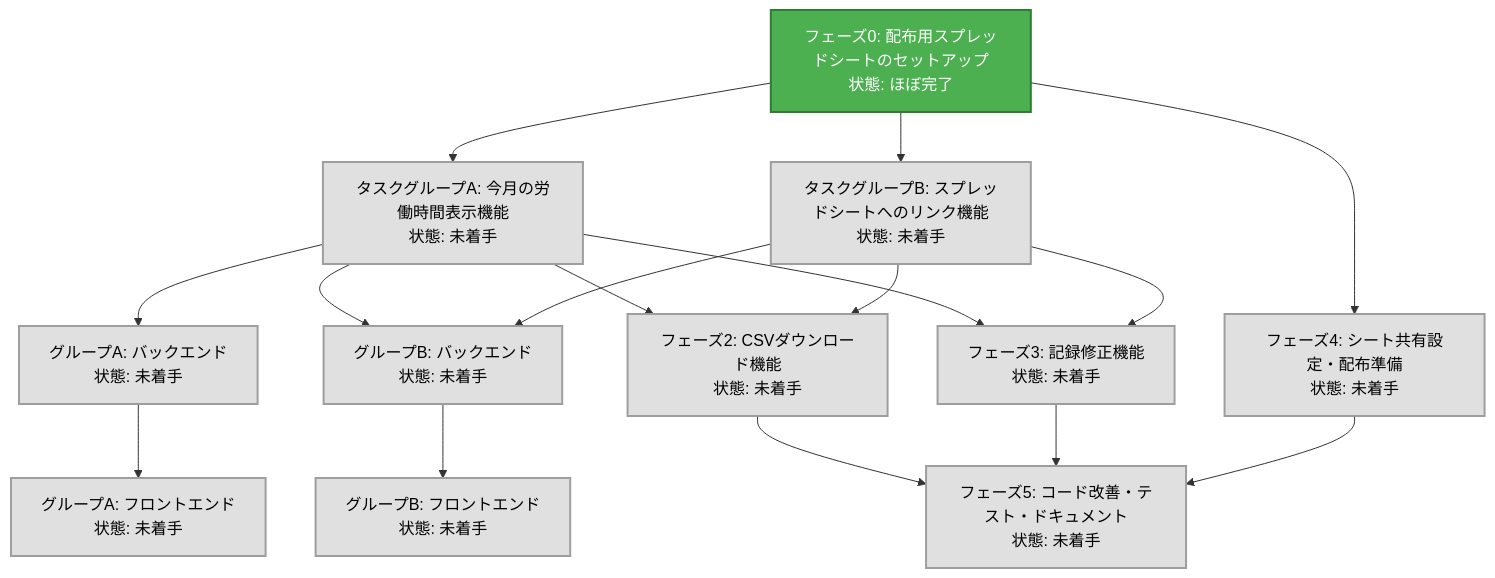
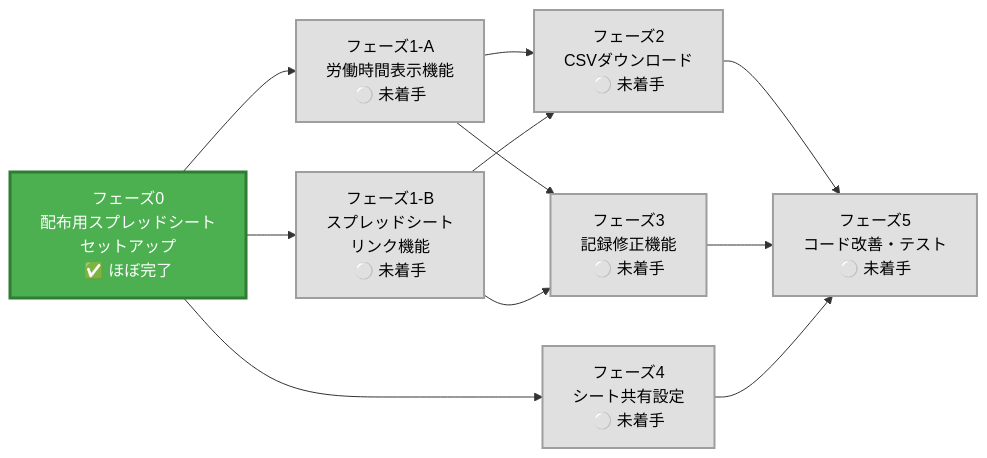
The first of 2 diagrams in TODO.md (KazukiUrano/-), drawn with Mermaid before and after one commit. The commit also changed other lines of this file, not shown here.

Commit message:
docs: マーメイドチャートをシンプルな階層構造に整理（交差を解消）

````diff
--- a/TODO.md
+++ b/TODO.md
@@ -8,52 +8,38 @@
 ```mermaid
-graph TD
-    %% フェーズ0: 配布用スプレッドシートのセットアップ
-    P0[フェーズ0: 配布用スプレッドシートのセットアップ<br/>状態: ほぼ完了]
+graph LR
+    %% 第1層: フェーズ0
+    P0[フェーズ0<br/>配布用スプレッドシート<br/>セットアップ<br/>✅ ほぼ完了]
+    
+    %% 第2層: フェーズ1（AとBは並列実行可能）
+    P1A[フェーズ1-A<br/>労働時間表示機能<br/>⚪ 未着手]
+    P1B[フェーズ1-B<br/>スプレッドシート<br/>リンク機能<br/>⚪ 未着手]
+    P4[フェーズ4<br/>シート共有設定<br/>⚪ 未着手]
+    
+    %% 第3層: フェーズ2, 3（フェーズ1完了後）
+    P2[フェーズ2<br/>CSVダウンロード<br/>⚪ 未着手]
+    P3[フェーズ3<br/>記録修正機能<br/>⚪ 未着手]
+    
+    %% 第4層: フェーズ5（最終）
+    P5[フェーズ5<br/>コード改善・テスト<br/>⚪ 未着手]
+    
+    %% 依存関係（左から右へ）
     P0 --> P1A
     P0 --> P1B
     P0 --> P4
     
-    %% フェーズ1: 高優先度機能
-    P1A[タスクグループA: 今月の労働時間表示機能<br/>状態: 未着手]
-    P1B[タスクグループB: スプレッドシートへのリンク機能<br/>状態: 未着手]
-    
-    %% フェーズ1の内部依存関係
-    P1A_BE[グループA: バックエンド<br/>状態: 未着手]
-    P1A_FE[グループA: フロントエンド<br/>状態: 未着手]
-    P1B_BE[グループB: バックエンド<br/>状態: 未着手]
-    P1B_FE[グループB: フロントエンド<br/>状態: 未着手]
-    
-    P1A_BE --> P1A_FE
-    P1B_BE --> P1B_FE
-    
-    P1A --> P1A_BE
-    P1A --> P1B_BE
-    P1B --> P1B_BE
-    
-    %% フェーズ2, 3: 中優先度機能
-    P2[フェーズ2: CSVダウンロード機能<br/>状態: 未着手]
-    P3[フェーズ3: 記録修正機能<br/>状態: 未着手]
-    
     P1A --> P2
+    P1A --> P3
     P1B --> P2
-    P1A --> P3
     P1B --> P3
-    
-    %% フェーズ4: シート共有設定
-    P4[フェーズ4: シート共有設定・配布準備<br/>状態: 未着手]
-    
-    %% フェーズ5: コード改善・テスト・ドキュメント
-    P5[フェーズ5: コード改善・テスト・ドキュメント<br/>状態: 未着手]
     
     P2 --> P5
     P3 --> P5
     P4 --> P5
     
     %% スタイル設定
-    classDef completed fill:#4CAF50,stroke:#2E7D32,stroke-width:2px,color:#fff
-    classDef inProgress fill:#FFC107,stroke:#F57C00,stroke-width:2px,color:#000
+    classDef completed fill:#4CAF50,stroke:#2E7D32,stroke-width:3px,color:#fff
     classDef notStarted fill:#E0E0E0,stroke:#9E9E9E,stroke-width:2px,color:#000
     
     class P0 completed
-    class P1A,P1B,P2,P3,P4,P5,P1A_BE,P1A_FE,P1B_BE,P1B_FE notStarted
+    class P1A,P1B,P2,P3,P4,P5 notStarted
 ```
````
